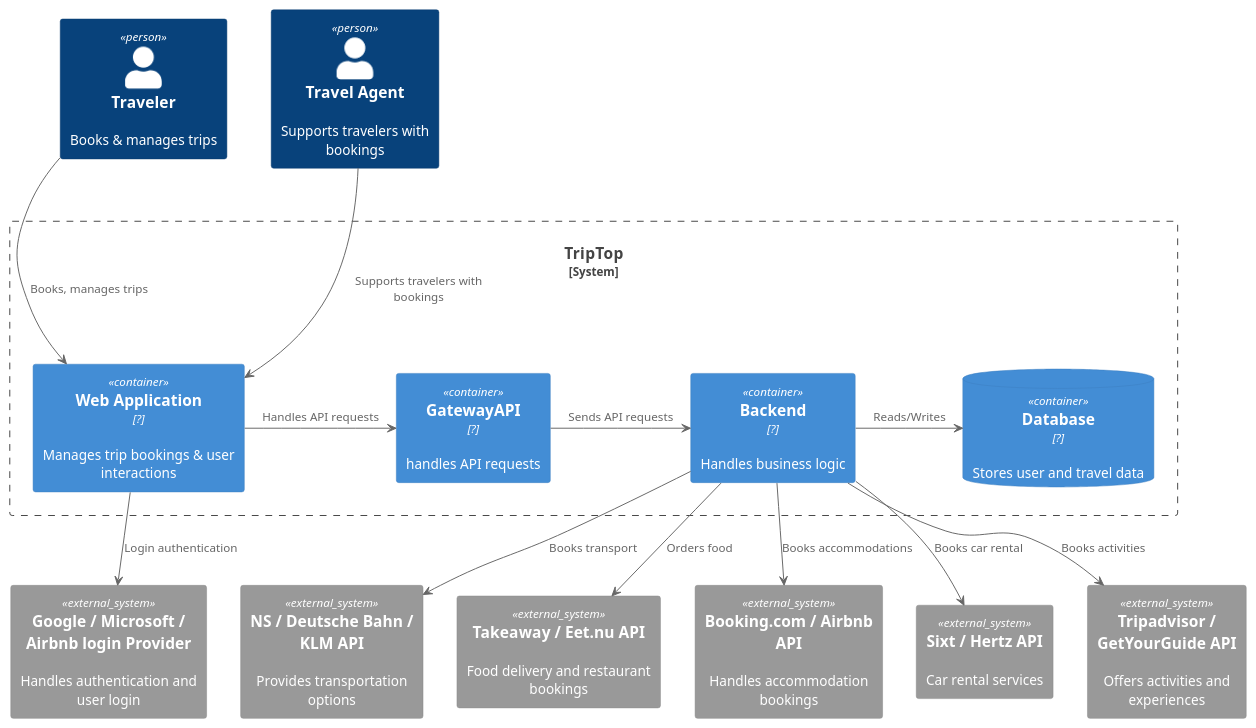
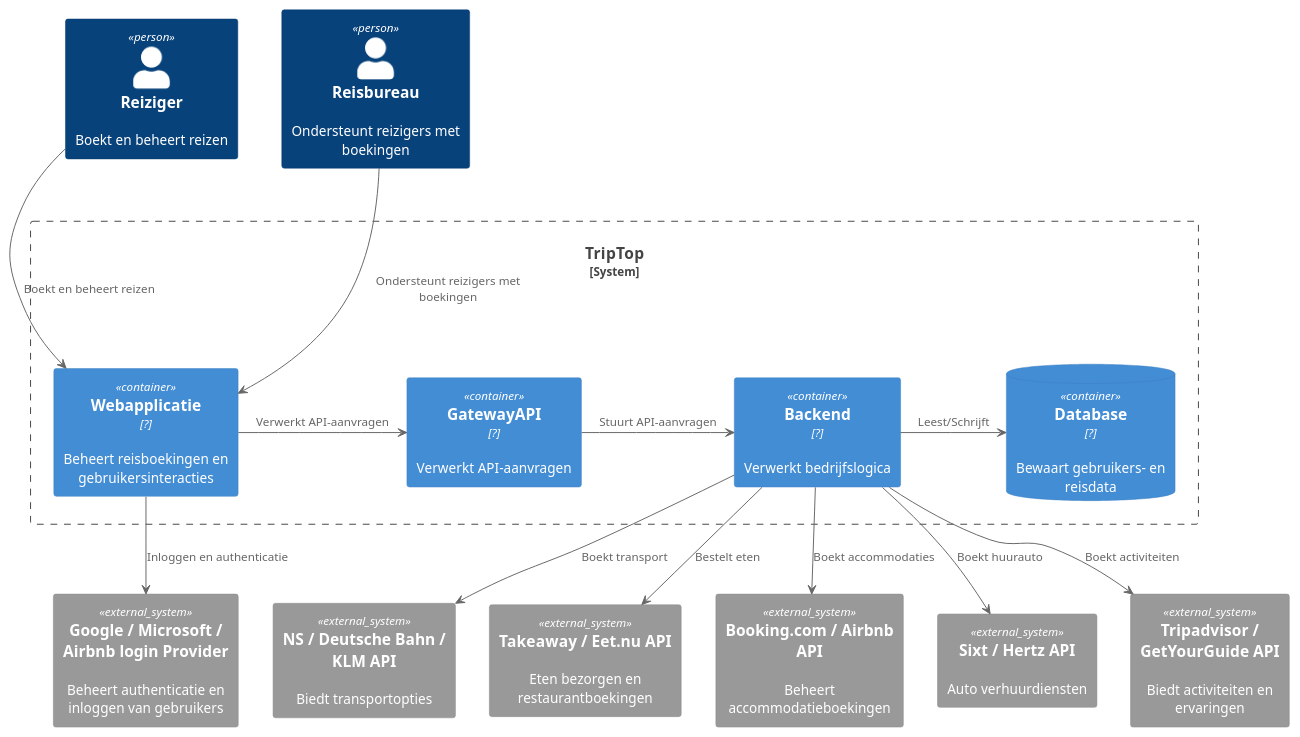
Before and after one commit to AIM-ENE-feb25/triptop-groep-3: the diagram in opdracht-diagrammen/C4 Container/Static/ContainerDiagram - Jordy.puml, drawn with PlantUML.

Commit message:
Update: Container diagram - vertaling naar NL

```diff
--- a/opdracht-diagrammen/C4 Container/Static/ContainerDiagram - Jordy.puml
+++ b/opdracht-diagrammen/C4 Container/Static/ContainerDiagram - Jordy.puml
@@ -1,50 +1,49 @@
 @startuml C4_Elements
 !include https://raw.githubusercontent.com/plantuml-stdlib/C4-PlantUML/master/C4_Container.puml
-' Define Users
-Person(Traveler, "Traveler", "Books & manages trips")
-Person(TravelAgent, "Travel Agent", "Supports travelers with bookings")
+' Definieer Gebruikers
+Person(Traveler, "Reiziger", "Boekt en beheert reizen")
+Person(TravelAgent, "Reisbureau", "Ondersteunt reizigers met boekingen")
 
-' Define System
+' Definieer Systeem
 System_Boundary(TripTop, "TripTop", $link="https://github.com/plantuml-stdlib/C4-PlantUML") {
 
-' Define Containers
-Container(WebApp, "Web Application", "?", "Manages trip bookings & user interactions")
-Container(GatewayAPI, "GatewayAPI", "?", "handles API requests")
-Container(Backend, "Backend", "?", "Handles business logic")
-ContainerDb(Database, "Database", ?, "Stores user and travel data")
+' Definieer Containers
+Container(WebApp, "Webapplicatie", "?", "Beheert reisboekingen en gebruikersinteracties")
+Container(GatewayAPI, "GatewayAPI", "?", "Verwerkt API-aanvragen")
+Container(Backend, "Backend", "?", "Verwerkt bedrijfslogica")
+ContainerDb(Database, "Database", "?", "Bewaart gebruikers- en reisdata")
 }
 
-' Define External Systems
-System_Ext(Booking, "Booking.com / Airbnb API", "Handles accommodation bookings")
-System_Ext(Transport, "NS / Deutsche Bahn / KLM API", "Provides transportation options")
-System_Ext(CarRent, "Sixt / Hertz API", "Car rental services")
-System_Ext(Activities, "Tripadvisor / GetYourGuide API", "Offers activities and experiences")
-System_Ext(Food, "Takeaway / Eet.nu API", "Food delivery and restaurant bookings")
-System_Ext(IdProvider, "Google / Microsoft / Airbnb login Provider", "Handles authentication and user login")
+' Definieer Externe Systemen
+System_Ext(Booking, "Booking.com / Airbnb API", "Beheert accommodatieboekingen")
+System_Ext(Transport, "NS / Deutsche Bahn / KLM API", "Biedt transportopties")
+System_Ext(CarRent, "Sixt / Hertz API", "Auto verhuurdiensten")
+System_Ext(Activities, "Tripadvisor / GetYourGuide API", "Biedt activiteiten en ervaringen")
+System_Ext(Food, "Takeaway / Eet.nu API", "Eten bezorgen en restaurantboekingen")
+System_Ext(IdProvider, "Google / Microsoft / Airbnb login Provider", "Beheert authenticatie en inloggen van gebruikers")
 
-' Relationships
-Traveler -> WebApp : "Books, manages trips"
-TravelAgent -> WebApp : "Supports travelers with bookings"
-WebApp -> GatewayAPI : "Handles API requests"
-GatewayAPI -> Backend : "Sends API requests"
-Backend -> Booking : "Books accommodations"
-Backend -> Transport : "Books transport"
-Backend -> CarRent : "Books car rental"
-Backend -> Activities : "Books activities"
-Backend -> Food : "Orders food"
-Backend -> Database : "Reads/Writes"
-WebApp -> IdProvider : "Login authentication"
+' Relaties
+Traveler -> WebApp : "Boekt en beheert reizen"
+TravelAgent -> WebApp : "Ondersteunt reizigers met boekingen"
+WebApp -> GatewayAPI : "Verwerkt API-aanvragen"
+GatewayAPI -> Backend : "Stuurt API-aanvragen"
+Backend -> Booking : "Boekt accommodaties"
+Backend -> Transport : "Boekt transport"
+Backend -> CarRent : "Boekt huurauto"
+Backend -> Activities : "Boekt activiteiten"
+Backend -> Food : "Bestelt eten"
+Backend -> Database : "Leest/Schrijft"
+WebApp -> IdProvider : "Inloggen en authenticatie"
 
-' Positioning
+' Positionering
 Traveler -[hidden]-> TripTop
 TravelAgent -[hidden]-> TripTop
 TripTop -[hidden]-> GatewayAPI
 GatewayAPI -[hidden]-> Booking
 GatewayAPI -[hidden]-> Transport
 GatewayAPI -[hidden]-> CarRent
 GatewayAPI -[hidden]-> Activities
 GatewayAPI -[hidden]-> Food
 GatewayAPI -[hidden]-> IdProvider
 
-
 @enduml
```
